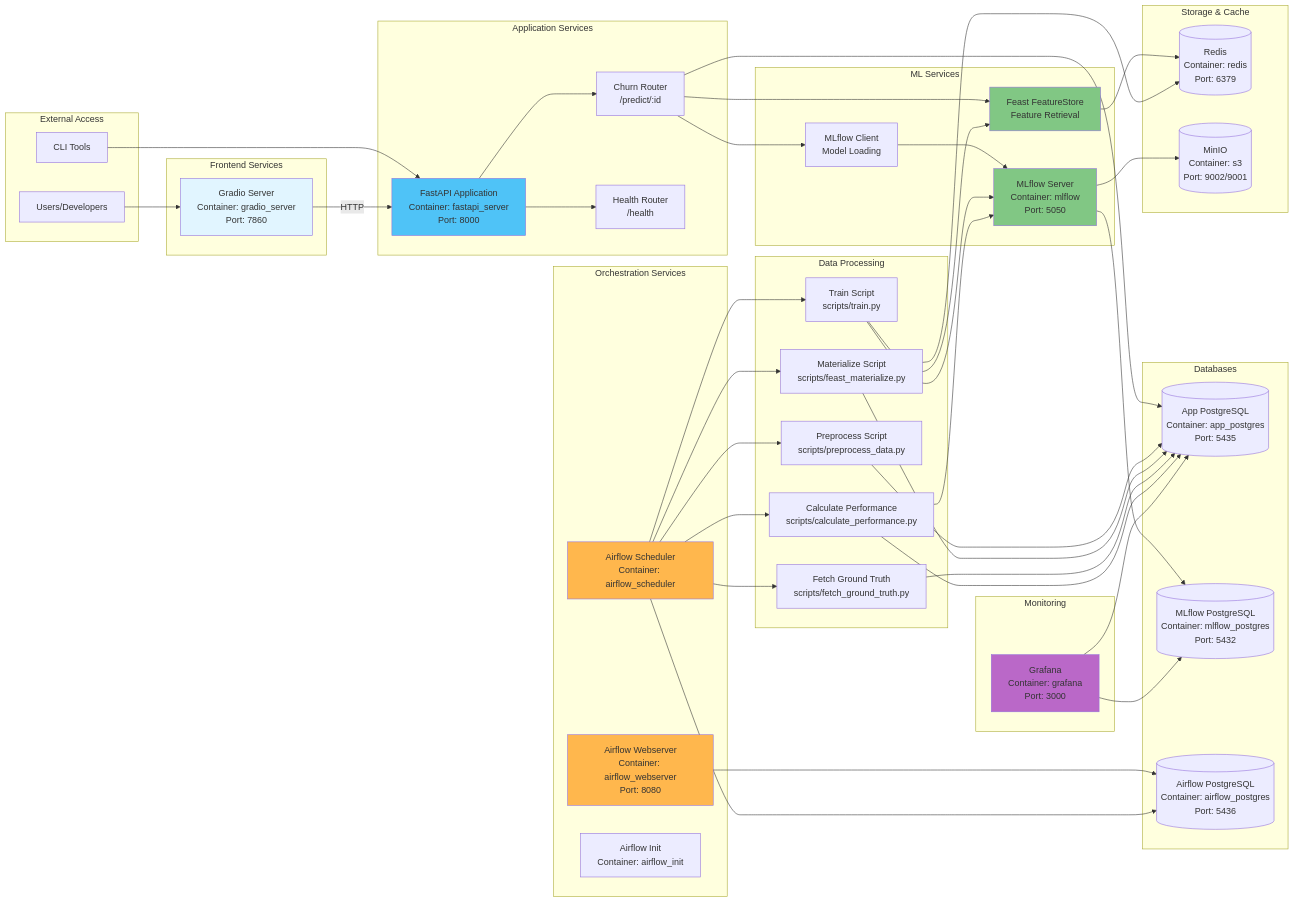
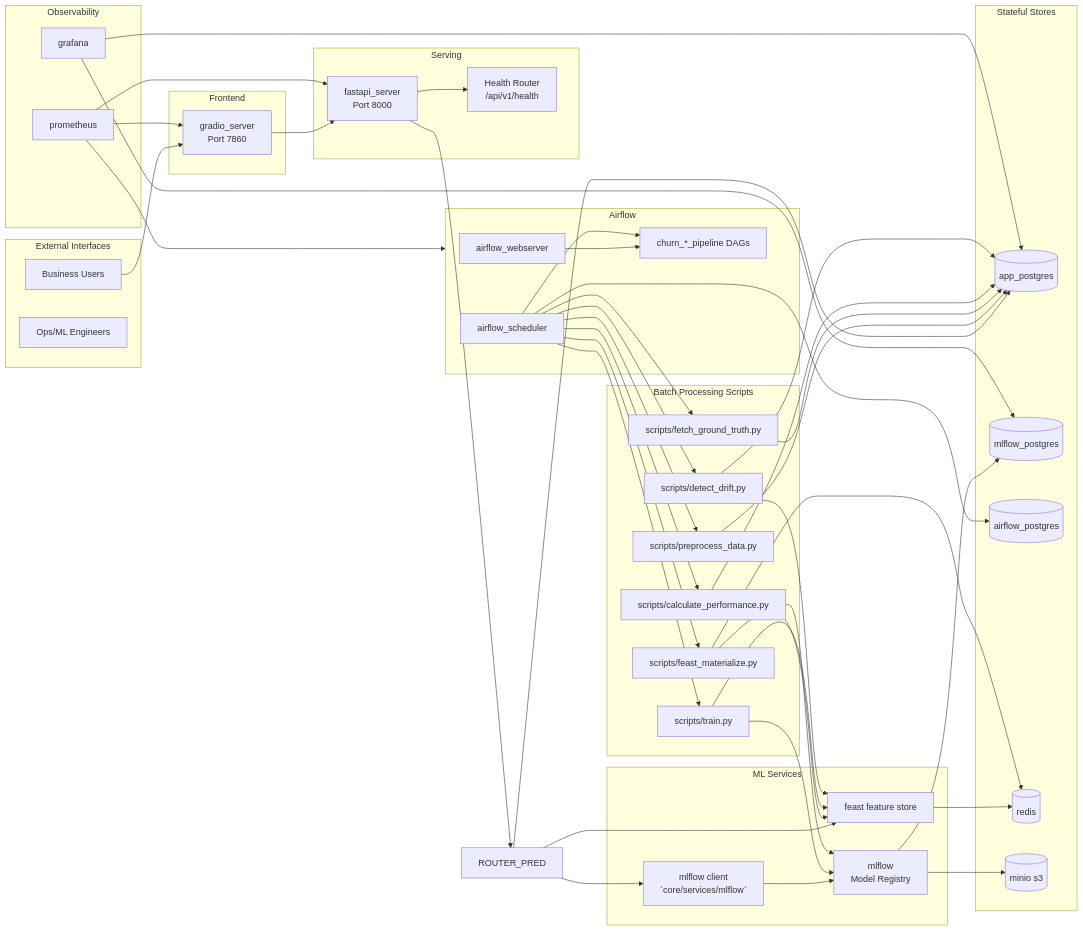
One commit to ssabrut/customer-churn-mlops changed the second of 7 diagrams in ARCHITECTURE.md. Above: the diagram before and after it, drawn with Mermaid. The commit also changed other lines of this file and 5 other files, not shown here.

````diff
--- a/ARCHITECTURE.md
+++ b/ARCHITECTURE.md
@@ -72,90 +71,86 @@
 ```mermaid
 graph LR
-    subgraph "External Access"
-        USER[Users/Developers]
-        CLI[CLI Tools]
+    subgraph "External Interfaces"
+        USER[Business Users]
+        DEVOPS[Ops/ML Engineers]
     end
-    
-    subgraph "Frontend Services"
-        GRADIO[Gradio Server<br/>Container: gradio_server<br/>Port: 7860]
+
+    subgraph "Frontend"
+        GRADIO[gradio_server<br/>Port 7860]
     end
-    
-    subgraph "Application Services"
-        FASTAPI[FastAPI Application<br/>Container: fastapi_server<br/>Port: 8000]
-        ROUTER1[Churn Router<br/>/predict/:id]
-        ROUTER2[Health Router<br/>/health]
+
+    subgraph "Serving"
+        FASTAPI_SVC[fastapi_server<br/>Port 8000]
+        ROUTER_HEALTH[Health Router<br/>/api/v1/health]
     end
-    
+
     subgraph "ML Services"
-        MLFLOW_SVC[MLflow Server<br/>Container: mlflow<br/>Port: 5050]
-        MLFLOW_CLIENT[MLflow Client<br/>Model Loading]
-        FEAST_SVC[Feast FeatureStore<br/>Feature Retrieval]
+        MLFLOW_SVC[mlflow<br/>Model Registry]
+        MLFLOW_CLIENT[mlflow client<br/>`core/services/mlflow`]
+        FEAST_SVC[feast feature store]
     end
-    
-    subgraph "Orchestration Services"
-        AF_WS[Airflow Webserver<br/>Container: airflow_webserver<br/>Port: 8080]
-        AF_SCHED[Airflow Scheduler<br/>Container: airflow_scheduler]
-        AF_INIT[Airflow Init<br/>Container: airflow_init]
+
+    subgraph "Batch Processing Scripts"
+        PREPROCESS[scripts/preprocess_data.py]
+        MATERIALIZE[scripts/feast_materialize.py]
+        TRAIN[scripts/train.py]
+        FETCH_GT[scripts/fetch_ground_truth.py]
+        PERF[scripts/calculate_performance.py]
+        DRIFT[scripts/detect_drift.py]
     end
-    
-    subgraph "Data Processing"
-        PREPROCESS[Preprocess Script<br/>scripts/preprocess_data.py]
-        MATERIALIZE[Materialize Script<br/>scripts/feast_materialize.py]
-        TRAIN[Train Script<br/>scripts/train.py]
-        GT_FETCH[Fetch Ground Truth<br/>scripts/fetch_ground_truth.py]
-        PERF_CALC[Calculate Performance<br/>scripts/calculate_performance.py]
+
+    subgraph "Airflow"
+        AF_WS_SVC[airflow_webserver]
+        AF_SCHED_SVC[airflow_scheduler]
+        AF_DAGS[churn_*_pipeline DAGs]
     end
-    
-    subgraph "Databases"
-        APP_PG[(App PostgreSQL<br/>Container: app_postgres<br/>Port: 5435)]
-        MLFLOW_PG[(MLflow PostgreSQL<br/>Container: mlflow_postgres<br/>Port: 5432)]
-        AF_PG[(Airflow PostgreSQL<br/>Container: airflow_postgres<br/>Port: 5436)]
+
+    subgraph "Stateful Stores"
+        APP_DB[(app_postgres)]
+        MLFLOW_DB[(mlflow_postgres)]
+        AIRFLOW_DB[(airflow_postgres)]
+        REDIS_CACHE[(redis)]
+        MINIO_OBJ[(minio s3)]
     end
-    
-    subgraph "Storage & Cache"
-        REDIS_CACHE[(Redis<br/>Container: redis<br/>Port: 6379)]
-        MINIO_STORAGE[(MinIO<br/>Container: s3<br/>Port: 9002/9001)]
+
+    subgraph "Observability"
+        GRAFANA_SVC[grafana]
+        PROM_SVC[prometheus]
     end
-    
-    subgraph "Monitoring"
-        GRAFANA_SVC[Grafana<br/>Container: grafana<br/>Port: 3000]
-    end
-    
+
     USER --> GRADIO
-    CLI --> FASTAPI
-    GRADIO -->|HTTP| FASTAPI
-    FASTAPI --> ROUTER1
-    FASTAPI --> ROUTER2
-    ROUTER1 --> MLFLOW_CLIENT
-    ROUTER1 --> FEAST_SVC
-    ROUTER1 --> APP_PG
+    GRADIO --> FASTAPI_SVC
+    FASTAPI_SVC --> ROUTER_PRED
+    FASTAPI_SVC --> ROUTER_HEALTH
+    ROUTER_PRED --> MLFLOW_CLIENT
+    ROUTER_PRED --> FEAST_SVC
+    ROUTER_PRED --> APP_DB
     MLFLOW_CLIENT --> MLFLOW_SVC
     FEAST_SVC --> REDIS_CACHE
-    MLFLOW_SVC --> MLFLOW_PG
-    MLFLOW_SVC --> MINIO_STORAGE
-    AF_WS --> AF_PG
-    AF_SCHED --> AF_PG
-    AF_SCHED --> PREPROCESS
-    AF_SCHED --> MATERIALIZE
-    AF_SCHED --> TRAIN
-    AF_SCHED --> GT_FETCH
-    AF_SCHED --> PERF_CALC
-    PREPROCESS --> APP_PG
+    PREPROCESS --> APP_DB
+    MATERIALIZE --> FEAST_SVC
     MATERIALIZE --> REDIS_CACHE
-    MATERIALIZE --> APP_PG
+    TRAIN --> FEAST_SVC
     TRAIN --> MLFLOW_SVC
-    TRAIN --> FEAST_SVC
-    GT_FETCH --> APP_PG
-    PERF_CALC --> APP_PG
-    PERF_CALC --> MLFLOW_SVC
-    GRAFANA_SVC --> APP_PG
-    GRAFANA_SVC --> MLFLOW_PG
-    
-    style GRADIO fill:#e1f5ff
-    style FASTAPI fill:#4fc3f7
-    style MLFLOW_SVC fill:#81c784
-    style FEAST_SVC fill:#81c784
-    style AF_WS fill:#ffb74d
-    style AF_SCHED fill:#ffb74d
-    style GRAFANA_SVC fill:#ba68c8
+    FETCH_GT --> APP_DB
+    PERF --> APP_DB
+    PERF --> MLFLOW_SVC
+    DRIFT --> APP_DB
+    DRIFT --> FEAST_SVC
+    AF_WS_SVC --> AF_DAGS
+    AF_SCHED_SVC --> AF_DAGS
+    AF_SCHED_SVC --> PREPROCESS
+    AF_SCHED_SVC --> MATERIALIZE
+    AF_SCHED_SVC --> TRAIN
+    AF_SCHED_SVC --> FETCH_GT
+    AF_SCHED_SVC --> PERF
+    AF_SCHED_SVC --> DRIFT
+    AF_SCHED_SVC --> AIRFLOW_DB
+    MLFLOW_SVC --> MLFLOW_DB
+    MLFLOW_SVC --> MINIO_OBJ
+    GRAFANA_SVC --> APP_DB
+    GRAFANA_SVC --> MLFLOW_DB
+    PROM_SVC --> FASTAPI_SVC
+    PROM_SVC --> GRADIO
+    PROM_SVC --> Airflow
 ```
````
